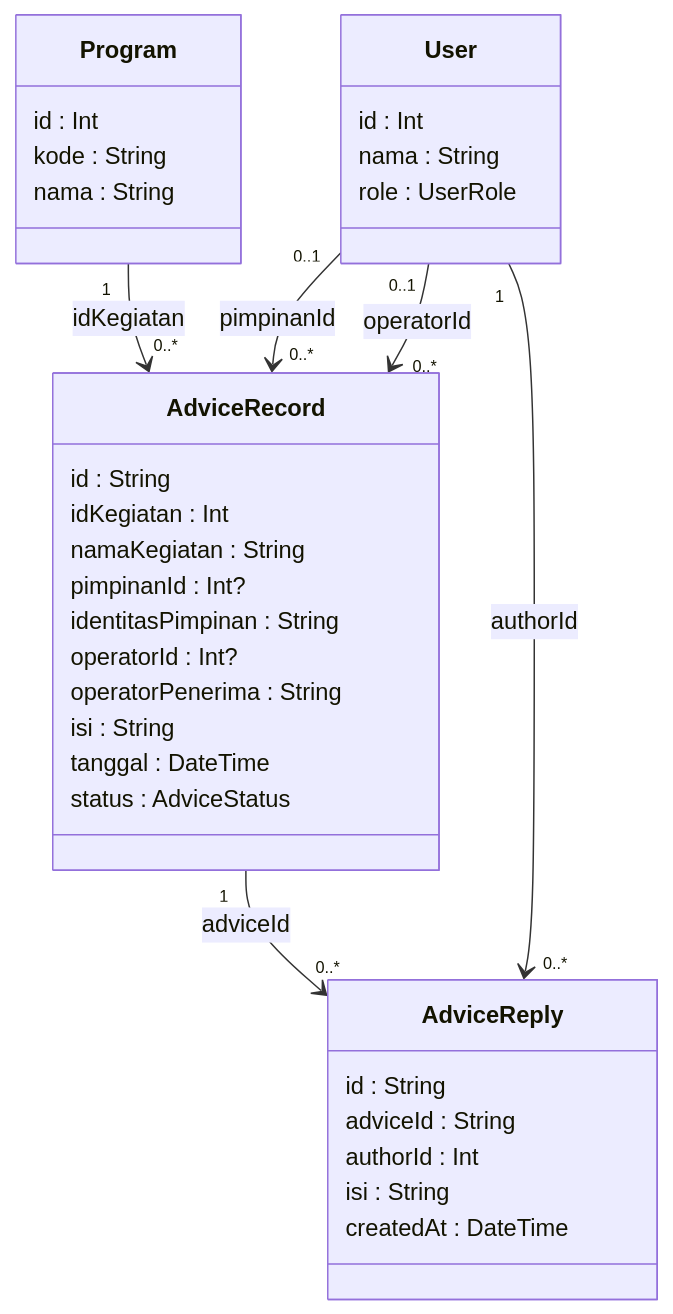
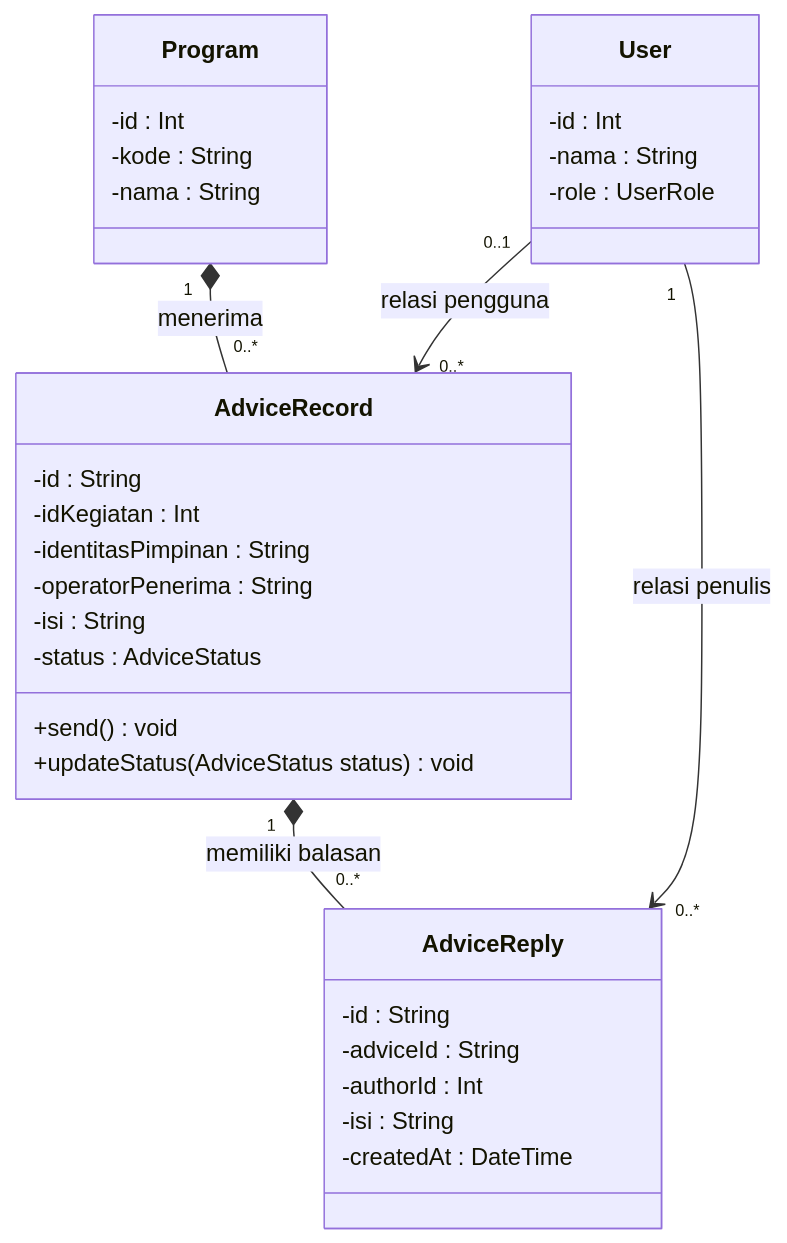
Before and after one commit to KimAkimMan/kp: the fourth of 5 diagrams in docs/Class_Diagram_SIMP_Kuningan_v3_Utuh.md, drawn with Mermaid. The commit also changed other lines of this file, not shown here.

Commit message:
Implement feature X to enhance user experience and optimize performance

````diff
--- a/docs/Class_Diagram_SIMP_Kuningan_v3_Utuh.md
+++ b/docs/Class_Diagram_SIMP_Kuningan_v3_Utuh.md
@@ -397,44 +234,34 @@
 ```mermaid
 classDiagram
-    direction TB
-
     class User {
-        id : Int
-        nama : String
-        role : UserRole
+        -id : Int
+        -nama : String
+        -role : UserRole
     }
-
     class Program {
-        id : Int
-        kode : String
-        nama : String
+        -id : Int
+        -kode : String
+        -nama : String
     }
-
     class AdviceRecord {
-        id : String
-        idKegiatan : Int
-        namaKegiatan : String
-        pimpinanId : Int?
-        identitasPimpinan : String
-        operatorId : Int?
-        operatorPenerima : String
-        isi : String
-        tanggal : DateTime
-        status : AdviceStatus
+        -id : String
+        -idKegiatan : Int
+        -identitasPimpinan : String
+        -operatorPenerima : String
+        -isi : String
+        -status : AdviceStatus
+        +send() void
+        +updateStatus(AdviceStatus status) void
     }
-
     class AdviceReply {
-        id : String
-        adviceId : String
-        authorId : Int
-        isi : String
-        createdAt : DateTime
+        -id : String
+        -adviceId : String
+        -authorId : Int
+        -isi : String
+        -createdAt : DateTime
     }
-
-    Program "1" --> "0..*" AdviceRecord : idKegiatan
-    AdviceRecord "1" --> "0..*" AdviceReply : adviceId
-
-    User "0..1" --> "0..*" AdviceRecord : pimpinanId
-    User "0..1" --> "0..*" AdviceRecord : operatorId
-    User "1" --> "0..*" AdviceReply : authorId
+    Program "1" *-- "0..*" AdviceRecord : menerima
+    AdviceRecord "1" *-- "0..*" AdviceReply : memiliki balasan
+    User "0..1" --> "0..*" AdviceRecord : relasi pengguna
+    User "1" --> "0..*" AdviceReply : relasi penulis
 ```
````
